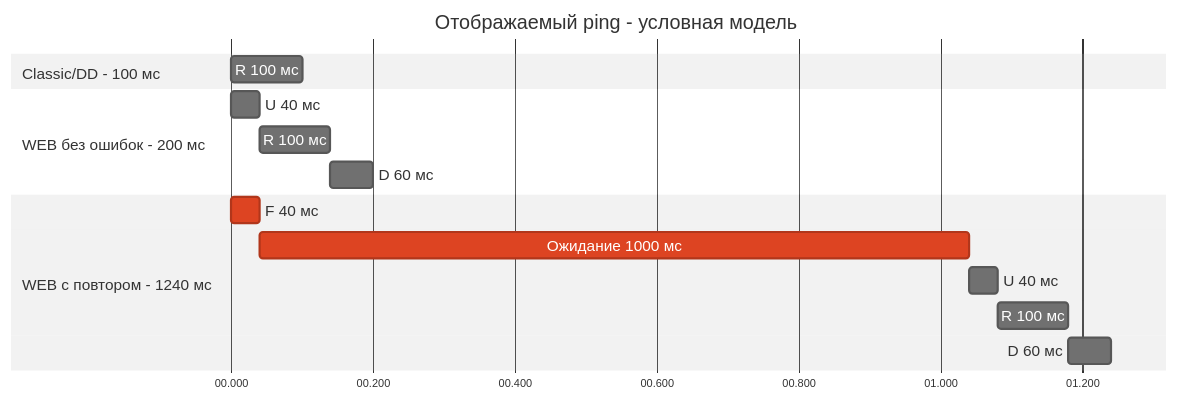
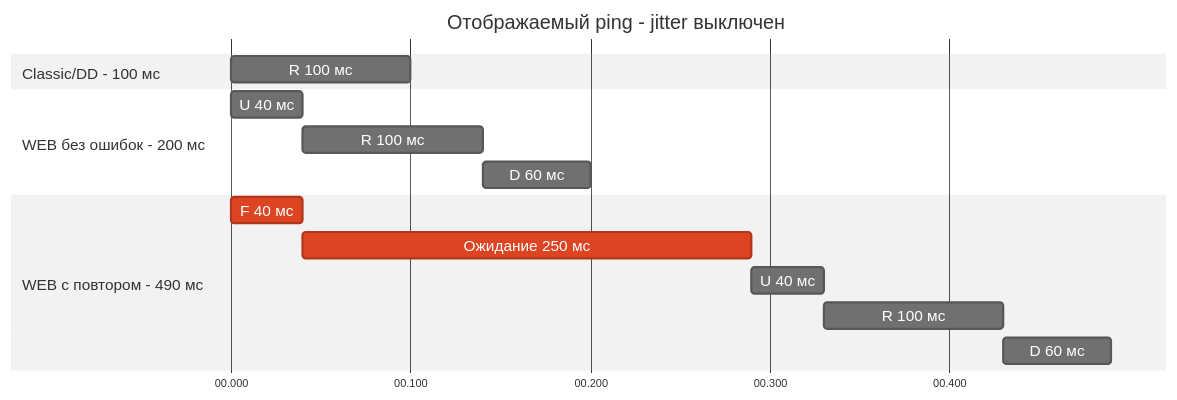
Before and after one commit to telemt/telemt: the fourth of 4 diagrams in docs/WEB/PROXY_PING.ru.md, drawn with Mermaid. The commit also changed other lines of this file and 9 other files, not shown here.

Commit message:
Retry Jitter in Docs

````diff
--- a/docs/WEB/PROXY_PING.ru.md
+++ b/docs/WEB/PROXY_PING.ru.md
@@ -124,23 +148,23 @@
 ```mermaid
 %%{init: {"theme": "neutral", "gantt": {"leftPadding": 200, "rightPadding": 100, "barHeight": 24, "barGap": 8, "fontSize": 14, "sectionFontSize": 14}}}%%
 gantt
     dateFormat x
     axisFormat %S.%L
-    tickInterval 200millisecond
+    tickInterval 100millisecond
     todayMarker off
-    title Отображаемый ping - условная модель
-    accTitle: Отображаемый ping - условная модель
+    title Отображаемый ping - jitter выключен
+    accTitle: Отображаемый ping - jitter выключен
     accDescr: Секунды от метки запроса, подписи этапов в миллисекундах
     section Classic/DD - 100 мс
     R 100 мс :n_r, 0, 100ms
     section WEB без ошибок - 200 мс
     U 40 мс :w_u, 0, 40ms
     R 100 мс :w_r, after w_u, 100ms
     D 60 мс :w_d, after w_r, 60ms
-    section WEB с повтором - 1240 мс
+    section WEB с повтором - 490 мс
     F 40 мс :crit, f_u, 0, 40ms
-    Ожидание 1000 мс :crit, retry_wait, after f_u, 1000ms
+    Ожидание 250 мс :crit, retry_wait, after f_u, 250ms
     U 40 мс :retry_u, after retry_wait, 40ms
     R 100 мс :retry_r, after retry_u, 100ms
     D 60 мс :retry_d, after retry_r, 60ms
 ```
````
